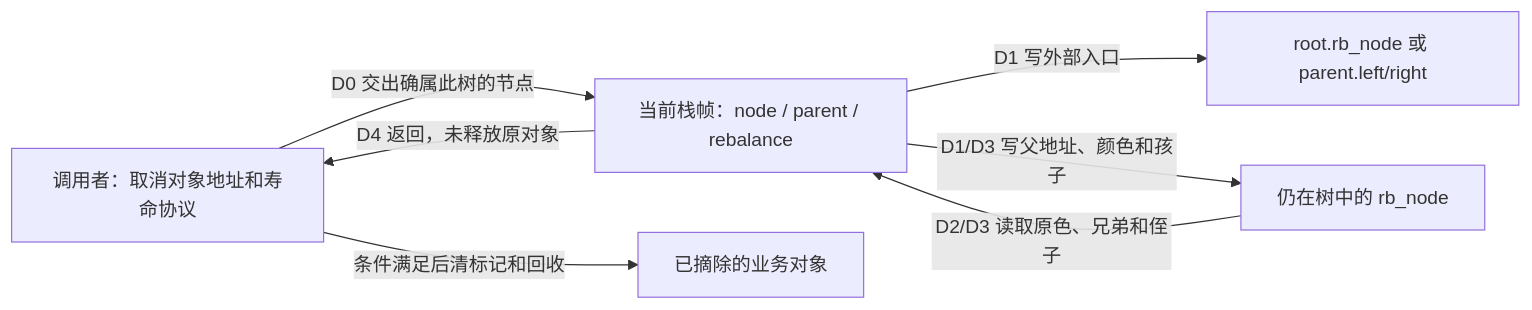
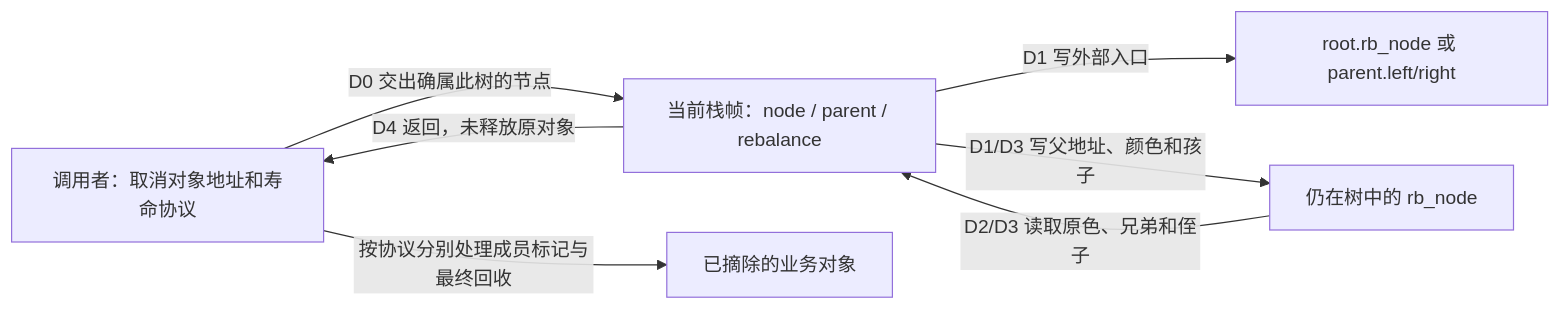
One commit to FormingSystem/linux_note changed the first of 3 diagrams in knowledge/linux/data_structures/红黑树_rb-tree/P11_Linux_6.12_内核_rbtree_删除与缺黑修复.md. Above: the diagram before and after it, drawn with Mermaid. The commit also changed other lines of this file, not shown here.

````diff
--- a/knowledge/linux/data_structures/红黑树_rb-tree/P11_Linux_6.12_内核_rbtree_删除与缺黑修复.md
+++ b/knowledge/linux/data_structures/红黑树_rb-tree/P11_Linux_6.12_内核_rbtree_删除与缺黑修复.md
@@ -106,9 +106,9 @@
 ```mermaid
 flowchart LR
     C["调用者：取消对象地址和寿命协议"] -->|"D0 交出确属此树的节点"| E["当前栈帧：node / parent / rebalance"]
     E -->|"D1 写外部入口"| R["root.rb_node 或 parent.left/right"]
     E -->|"D1/D3 写父地址、颜色和孩子"| N["仍在树中的 rb_node"]
     N -->|"D2/D3 读取原色、兄弟和侄子"| E
     E -->|"D4 返回，未释放原对象"| C
-    C -->|"条件满足后清标记和回收"| V["已摘除的业务对象"]
+    C -->|"按协议分别处理成员标记与最终回收"| V["已摘除的业务对象"]
 ```
````
